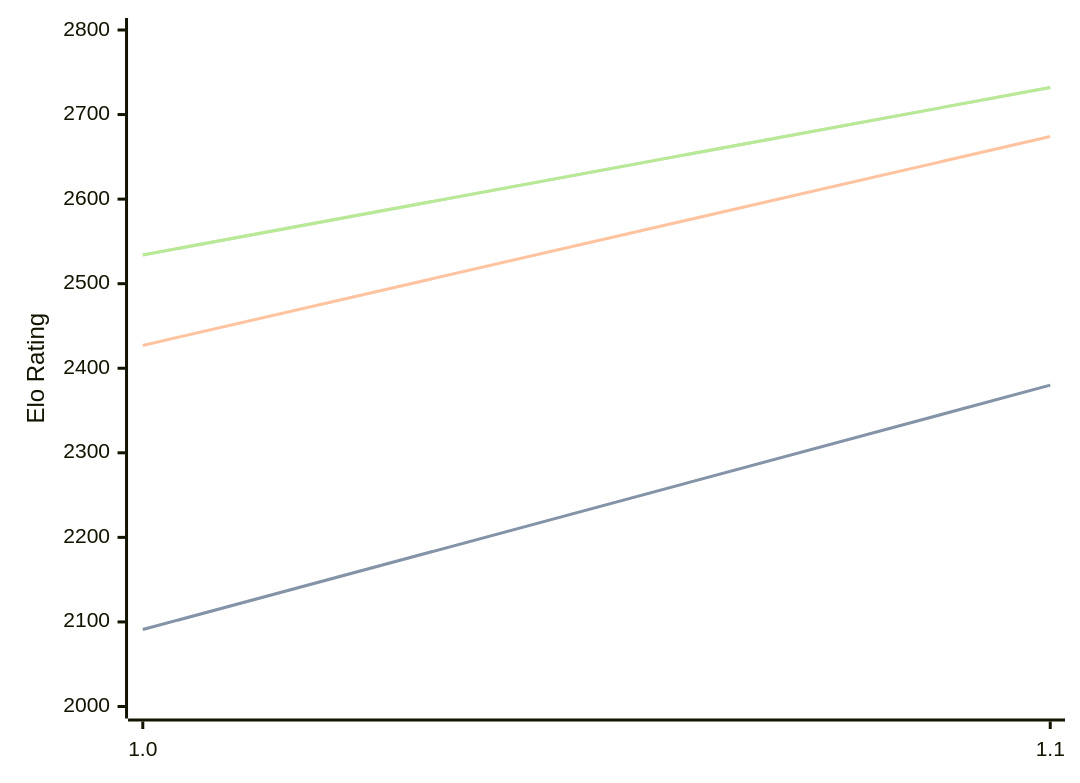
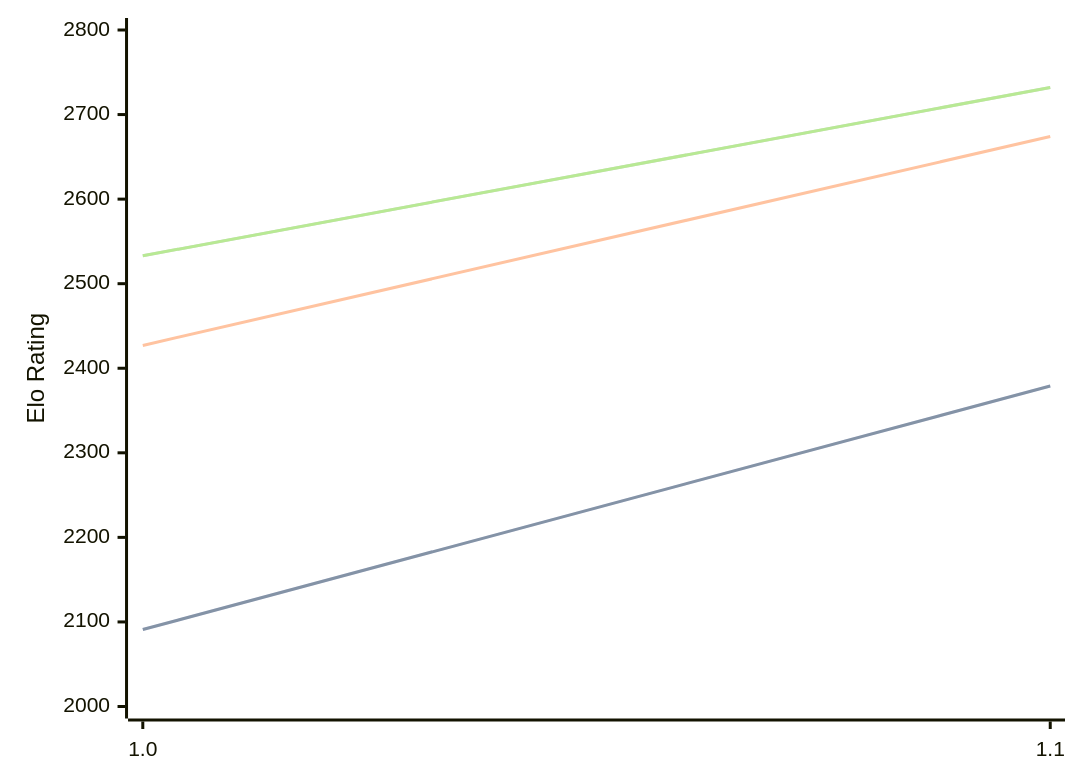
One commit to computer-chess-index/cci changed the diagram in engines/Erinn.md. Above: the diagram before and after it, drawn with Mermaid. The commit also changed other lines of this file, not shown here.

Commit message:
Update CCI Ratings (ELO VLTC) - 2026-09-11

````diff
--- a/engines/Erinn.md
+++ b/engines/Erinn.md
@@ -32,11 +32,11 @@
 ```mermaid
 %%{init: {"theme":"base","themeVariables":{"seriesColors:['#a3a3a3','#222221','#faa371']}}}%%
 xychart-beta
   x-axis ["1.0", "1.1"]
   y-axis "Elo Rating" 2000 --> 2800
-  line "" [2091, 2380]
-  line "STC (8.0+0.08s)" [2091, 2380]
+  line "" [2091, 2379]
+  line "STC (8.0+0.08s)" [2091, 2379]
   line "LTC (60.0+0.60s)" [2427, 2674]
-  line "" [2534, 2732]
-  line "VLTC (2m24s+1.12s)" [2534, 2732]
+  line "" [2533, 2732]
+  line "VLTC (2m24s+1.12s)" [2533, 2732]
 ```
````
